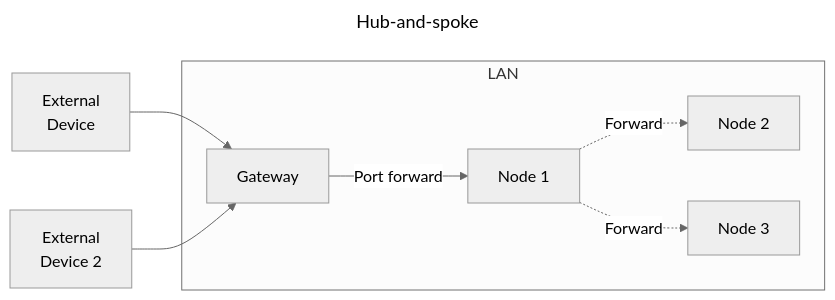
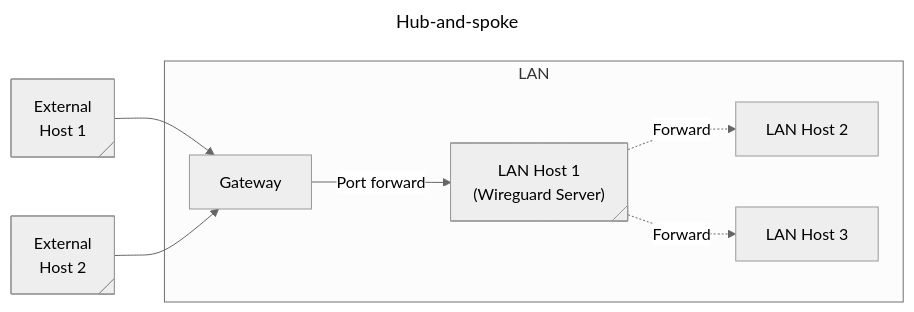
One commit to j-krl/blog changed the second of 5 diagrams in _posts/2026-05-08-hub-and-spoke-architecture.md. Above: the diagram before and after it, drawn with Mermaid (neutral theme). The commit also changed other lines of this file, not shown here.

Commit message:
diagrams are chefs kiss

```diff
--- a/_posts/2026-05-08-hub-and-spoke-architecture.md
+++ b/_posts/2026-05-08-hub-and-spoke-architecture.md
@@ -39,19 +39,20 @@
 <pre class="mermaid" style="text-align: center;">
 ---
 title: Hub-and-spoke
 ---
 flowchart LR
-    ED["External
-    Device"] --> Gateway
-    ED2["External
-    Device 2"] --> Gateway
-    Gateway -->|Port forward| n1["Node 1"]
-    n1 -. Forward .-> n2[Node 2]
-    n1 -. Forward .-> n3[Node 3]
+    ED@{ shape: tag-rect, label: "External
+    Host 1"} --> Gateway
+    ED2@{ shape: tag-rect, label: "External
+    Host 2"} --> Gateway
+    Gateway -->|Port forward| n1@{ shape: tag-rect, label: "LAN Host 1
+    (Wireguard Server)"}
+    n1 -. Forward .-> n2[LAN Host 2]
+    n1 -. Forward .-> n3[LAN Host 3]
     subgraph LAN
         Gateway
         n1
         n2
         n3
     end
 </pre>
```
